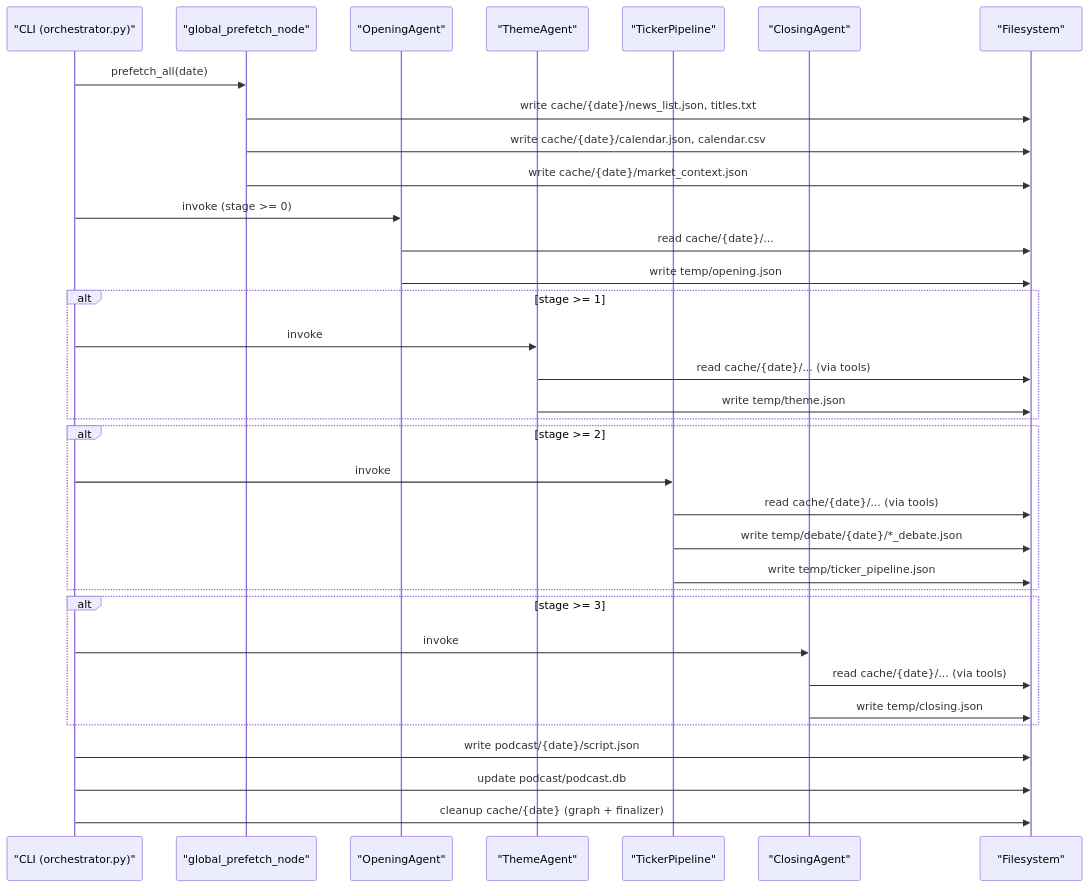
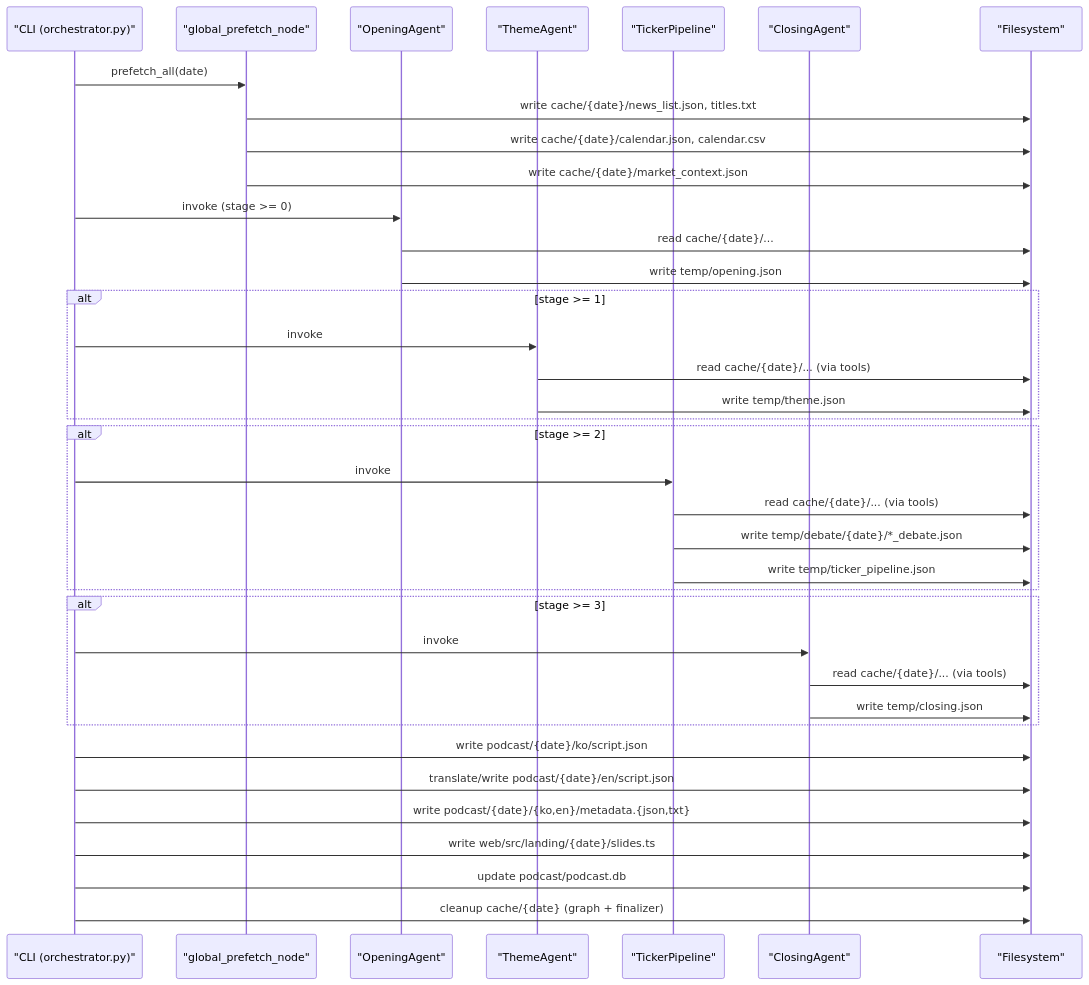
Before and after one commit to junseok0913/US-Market-Close-AI-Brief: the second of 3 diagrams in README.md, drawn with Mermaid. The commit also changed other lines of this file, not shown here.

````diff
--- a/README.md
+++ b/README.md
@@ -269,42 +282,45 @@
 ```mermaid
 sequenceDiagram
   participant CLI as "CLI (orchestrator.py)"
   participant PF as "global_prefetch_node"
   participant OA as "OpeningAgent"
   participant TA as "ThemeAgent"
   participant TP as "TickerPipeline"
   participant CA as "ClosingAgent"
   participant FS as "Filesystem"
 
   CLI->>PF: prefetch_all(date)
   PF->>FS: write cache/{date}/news_list.json, titles.txt
   PF->>FS: write cache/{date}/calendar.json, calendar.csv
   PF->>FS: write cache/{date}/market_context.json
 
   CLI->>OA: invoke (stage >= 0)
   OA->>FS: read cache/{date}/...
   OA->>FS: write temp/opening.json
 
   alt stage >= 1
     CLI->>TA: invoke
     TA->>FS: read cache/{date}/... (via tools)
     TA->>FS: write temp/theme.json
   end
 
   alt stage >= 2
     CLI->>TP: invoke
     TP->>FS: read cache/{date}/... (via tools)
     TP->>FS: write temp/debate/{date}/*_debate.json
     TP->>FS: write temp/ticker_pipeline.json
   end
 
   alt stage >= 3
     CLI->>CA: invoke
     CA->>FS: read cache/{date}/... (via tools)
     CA->>FS: write temp/closing.json
   end
 
-  CLI->>FS: write podcast/{date}/script.json
+  CLI->>FS: write podcast/{date}/ko/script.json
+  CLI->>FS: translate/write podcast/{date}/en/script.json
+  CLI->>FS: write podcast/{date}/{ko,en}/metadata.{json,txt}
+  CLI->>FS: write web/src/landing/{date}/slides.ts
   CLI->>FS: update podcast/podcast.db
   CLI->>FS: cleanup cache/{date} (graph + finalizer)
 ```
````
